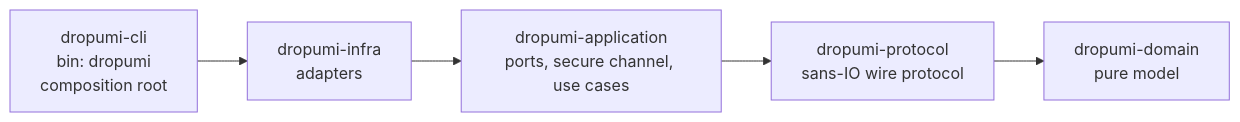
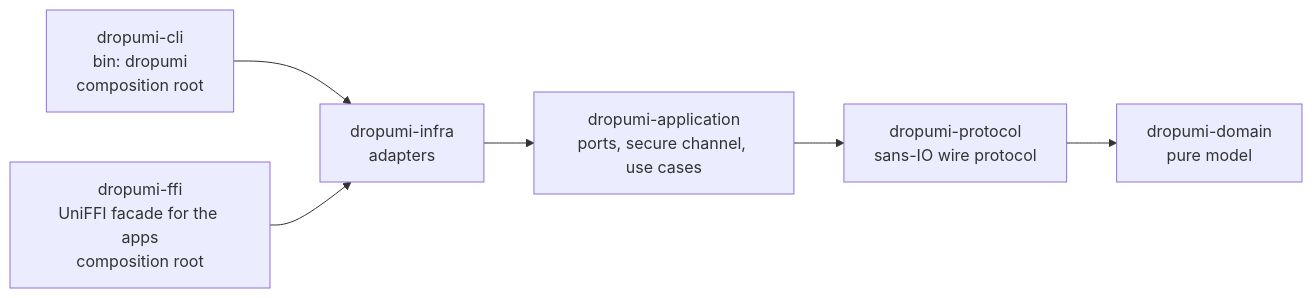
The first of 2 diagrams in ARCHITECTURE.md (dropumi/dropumi), drawn with Mermaid before and after one commit. The commit also changed other lines of this file and 5 other files, not shown here.

````diff
--- a/ARCHITECTURE.md
+++ b/ARCHITECTURE.md
@@ -13,7 +14,8 @@
 ```mermaid
 flowchart LR
     cli["dropumi-cli<br/>bin: dropumi<br/>composition root"] --> infra["dropumi-infra<br/>adapters"]
+    ffi["dropumi-ffi<br/>UniFFI facade for the apps<br/>composition root"] --> infra
     infra --> app["dropumi-application<br/>ports, secure channel, use cases"]
     app --> proto["dropumi-protocol<br/>sans-IO wire protocol"]
     proto --> domain["dropumi-domain<br/>pure model"]
 ```
````
